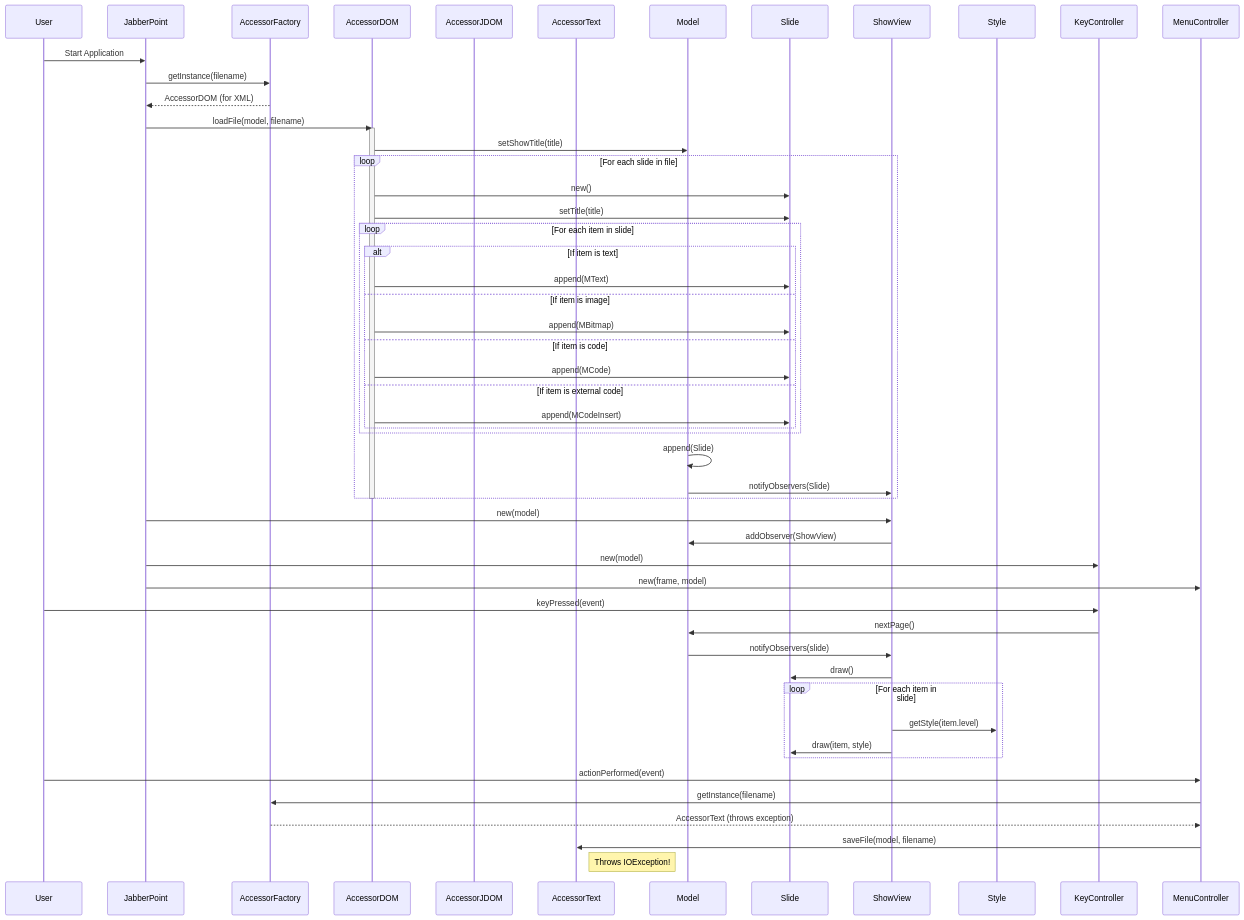
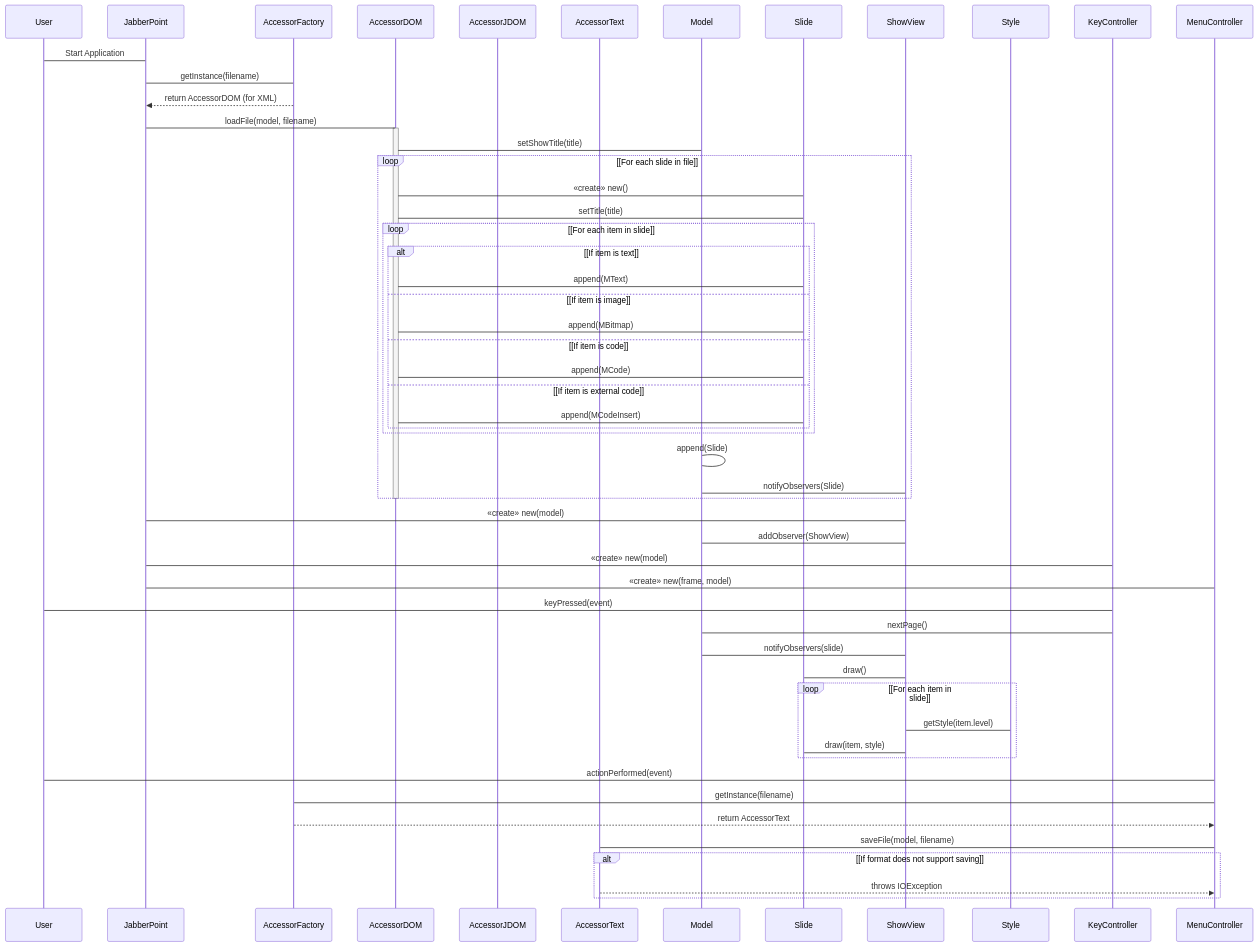
The diagram in Documentation/Analyse/Sequence-diagram.md (larsk1201/Software-Quality), drawn with Mermaid before and after one commit.

Commit message:
Refactor sequence diagram for improved clarity and consistency; update syntax and formatting

````diff
--- a/Documentation/Analyse/Sequence-diagram.md
+++ b/Documentation/Analyse/Sequence-diagram.md
@@ -1,70 +1,71 @@
 ```mermaid
 sequenceDiagram
     participant User
     participant JabberPoint
     participant AccessorFactory  
     participant AccessorDOM
     participant AccessorJDOM
     participant AccessorText
     participant Model
     participant Slide
     participant ShowView
     participant Style
     participant KeyController
     participant MenuController
 
-    User->>JabberPoint: Start Application
+    User->JabberPoint: Start Application
 
-    JabberPoint->>AccessorFactory: getInstance(filename)
-    AccessorFactory-->>JabberPoint: AccessorDOM (for XML)
+    JabberPoint->AccessorFactory: getInstance(filename)
+    AccessorFactory-->>JabberPoint: return AccessorDOM (for XML)
     
-    JabberPoint->>AccessorDOM: loadFile(model, filename)
+    JabberPoint->AccessorDOM: loadFile(model, filename)
     activate AccessorDOM
-    AccessorDOM->>Model: setShowTitle(title)
+    AccessorDOM->Model: setShowTitle(title)
 
-    loop For each slide in file
-        AccessorDOM->>Slide: new()
-        AccessorDOM->>Slide: setTitle(title)
+    loop [For each slide in file]
+        AccessorDOM->Slide: «create» new()
+        AccessorDOM->Slide: setTitle(title)
 
-        loop For each item in slide
-            alt If item is text
-                AccessorDOM->>Slide: append(MText)
-            else If item is image
-                AccessorDOM->>Slide: append(MBitmap)
-            else If item is code
-                AccessorDOM->>Slide: append(MCode)
-            else If item is external code
-                AccessorDOM->>Slide: append(MCodeInsert)
+        loop [For each item in slide]
+            alt [If item is text]
+                AccessorDOM->Slide: append(MText)
+            else [If item is image]
+                AccessorDOM->Slide: append(MBitmap)
+            else [If item is code]
+                AccessorDOM->Slide: append(MCode)
+            else [If item is external code]
+                AccessorDOM->Slide: append(MCodeInsert)
             end
         end
 
-        Model->>Model: append(Slide)
-        Model->>ShowView: notifyObservers(Slide)
+        Model->Model: append(Slide)
+        Model->ShowView: notifyObservers(Slide)
     end
 
     deactivate AccessorDOM
 
-    JabberPoint->>ShowView: new(model)
-    ShowView->>Model: addObserver(ShowView)
+    JabberPoint->ShowView: «create» new(model)
+    ShowView->Model: addObserver(ShowView)
 
-    JabberPoint->>KeyController: new(model)
-    JabberPoint->>MenuController: new(frame, model)
+    JabberPoint->KeyController: «create» new(model)
+    JabberPoint->MenuController: «create» new(frame, model)
 
-    User->>KeyController: keyPressed(event)
-    KeyController->>Model: nextPage()
-    Model->>ShowView: notifyObservers(slide)
-    ShowView->>Slide: draw()
+    User->KeyController: keyPressed(event)
+    KeyController->Model: nextPage()
+    Model->ShowView: notifyObservers(slide)
+    ShowView->Slide: draw()
     
-    loop For each item in slide
-        ShowView->>Style: getStyle(item.level)
-        ShowView->>Slide: draw(item, style)
+    loop [For each item in slide]
+        ShowView->Style: getStyle(item.level)
+        ShowView->Slide: draw(item, style)
     end
 
-    User->>MenuController: actionPerformed(event)
-    MenuController->>AccessorFactory: getInstance(filename)
-    AccessorFactory-->>MenuController: AccessorText (throws exception)
+    User->MenuController: actionPerformed(event)
+    MenuController->AccessorFactory: getInstance(filename)
+    AccessorFactory-->>MenuController: return AccessorText
     
-    MenuController->>AccessorText: saveFile(model, filename)
-    Note right of AccessorText: Throws IOException!
-
+    MenuController->AccessorText: saveFile(model, filename)
+    alt [If format does not support saving]
+        AccessorText-->>MenuController: throws IOException
+    end
 ```
````
